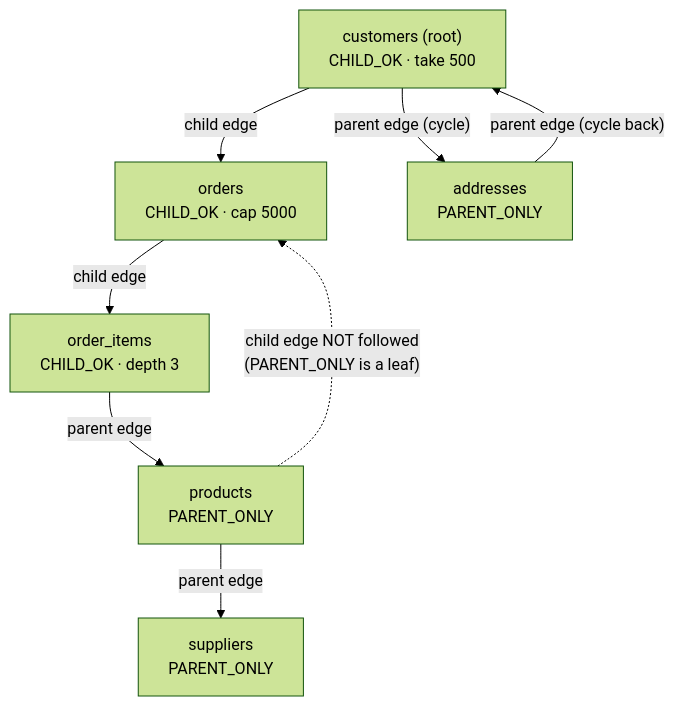
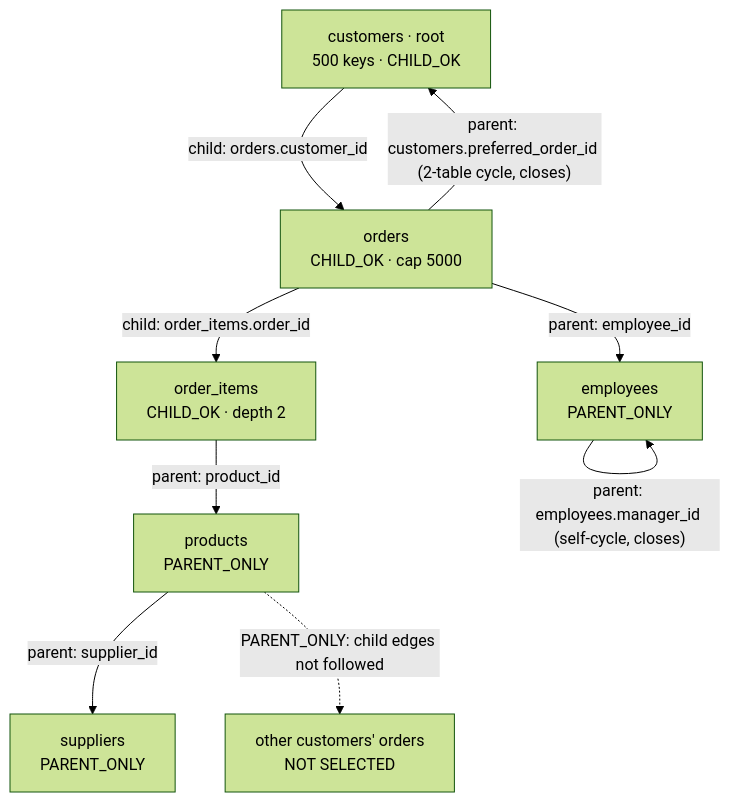
The second of 2 diagrams in research/proposals/mvp-first.md (Liarea/lazyslice), drawn with Mermaid (forest theme) before and after one commit. The commit also changed other lines of this file and 26 other files, not shown here.

Commit message:
Phase 2 closed: ADRs 001-006 accepted, ARCHITECTURE.md, THREAT_MODEL.md; phase 3 opened

````diff
--- a/research/proposals/mvp-first.md
+++ b/research/proposals/mvp-first.md
@@ -110,16 +96,18 @@
 ```mermaid
 flowchart TD
-  R["customers (root)<br/>CHILD_OK · take 500"]
+  C["customers · root<br/>500 keys · CHILD_OK"]
   O["orders<br/>CHILD_OK · cap 5000"]
-  I["order_items<br/>CHILD_OK · depth 3"]
+  OI["order_items<br/>CHILD_OK · depth 2"]
   P["products<br/>PARENT_ONLY"]
   S["suppliers<br/>PARENT_ONLY"]
-  A["addresses<br/>PARENT_ONLY"]
-  R -->|child edge| O
-  O -->|child edge| I
-  I -->|parent edge| P
-  P -->|parent edge| S
-  R -->|"parent edge (cycle)"| A
-  A -->|"parent edge (cycle back)"| R
-  P -.->|"child edge NOT followed<br/>(PARENT_ONLY is a leaf)"| O
+  E["employees<br/>PARENT_ONLY"]
+  X["other customers' orders<br/>NOT SELECTED"]
+  C -->|"child: orders.customer_id"| O
+  O -->|"child: order_items.order_id"| OI
+  OI -->|"parent: product_id"| P
+  P -->|"parent: supplier_id"| S
+  O -->|"parent: employee_id"| E
+  E -->|"parent: employees.manager_id (self-cycle, closes)"| E
+  O -->|"parent: customers.preferred_order_id (2-table cycle, closes)"| C
+  P -.->|"PARENT_ONLY: child edges not followed"| X
 ```
````
